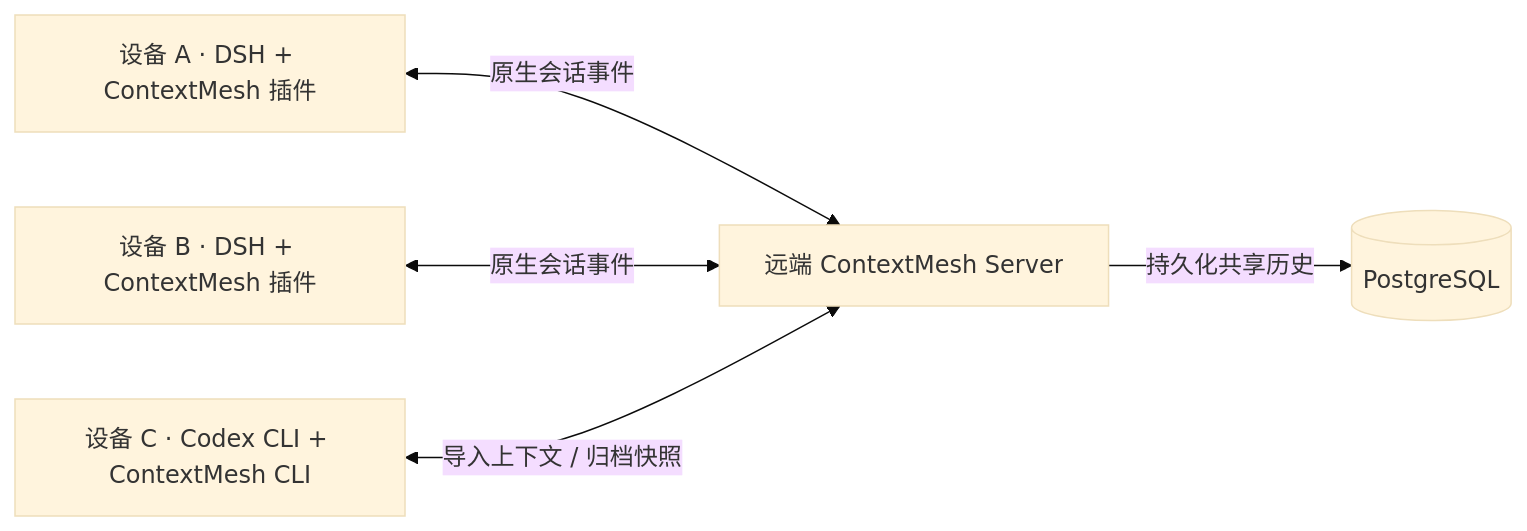
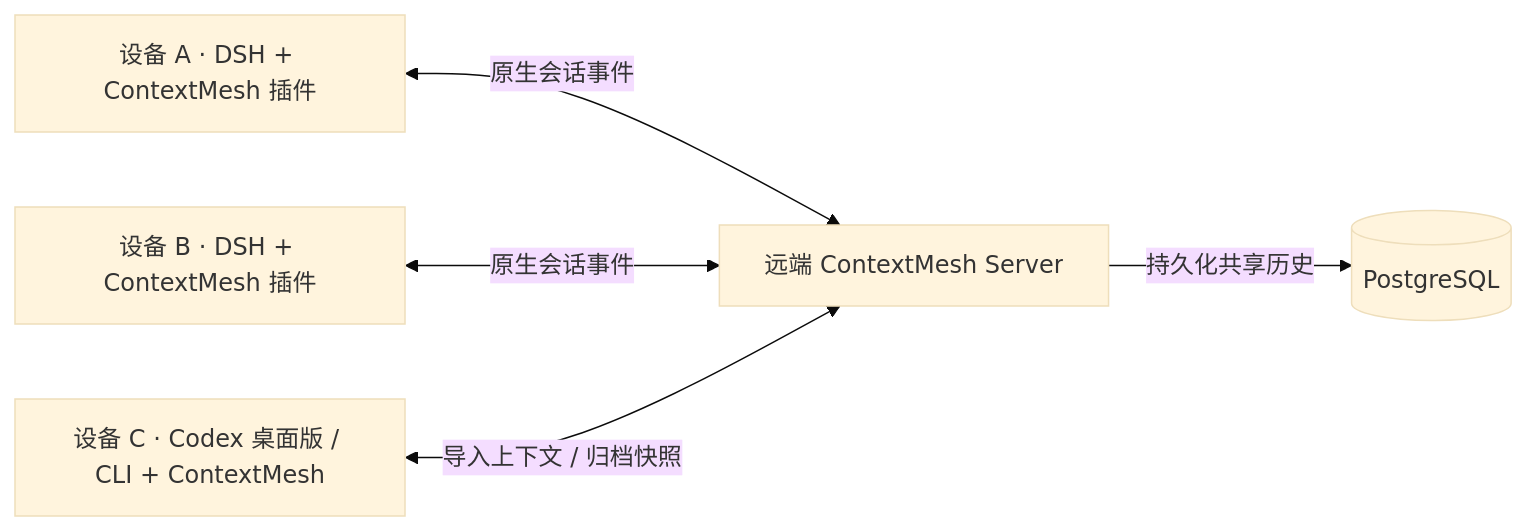
Before and after one commit to MarsZheng666/ContextMesh: the diagram in README.zh.md, drawn with Mermaid (base theme). The commit also changed other lines of this file and 36 other files, not shown here.

Commit message:
feat: add ContextMesh Codex desktop panel

````diff
--- a/README.zh.md
+++ b/README.zh.md
@@ -15,7 +15,7 @@
 ```mermaid
 flowchart LR
   A["设备 A · DSH + ContextMesh 插件"] <-->|"原生会话事件"| S["远端 ContextMesh Server"]
   B["设备 B · DSH + ContextMesh 插件"] <-->|"原生会话事件"| S
-  C["设备 C · Codex CLI + ContextMesh CLI"] <-->|"导入上下文 / 归档快照"| S
+  C["设备 C · Codex 桌面版 / CLI + ContextMesh"] <-->|"导入上下文 / 归档快照"| S
   S -->|"持久化共享历史"| DB[(PostgreSQL)]
 ```
````
